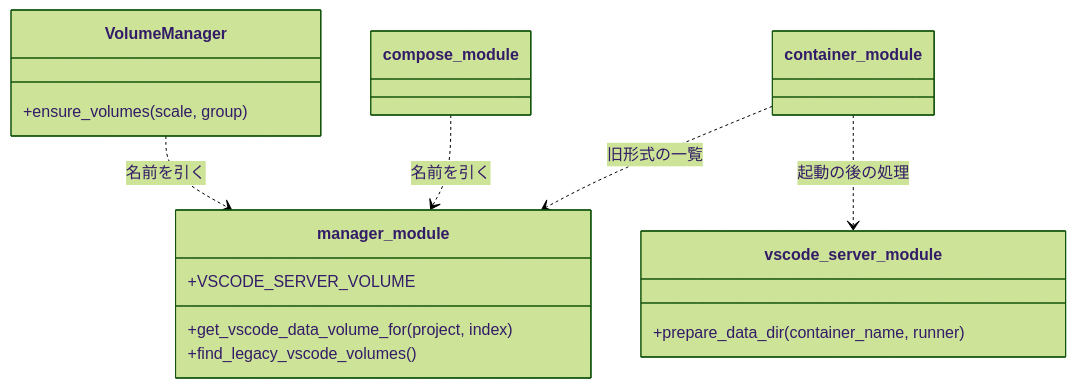
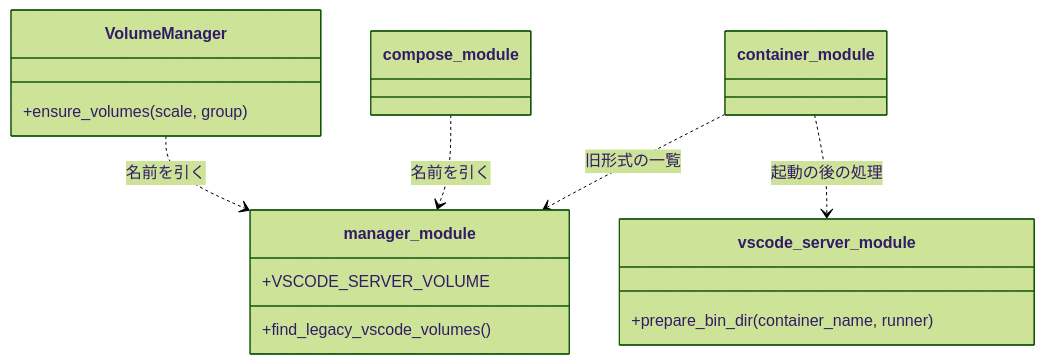
One commit to devbasex/devbase changed the third of 5 diagrams in issues/issue-463-design.md. Above: the diagram before and after it, drawn with Mermaid (forest theme). The commit also changed other lines of this file and 3 other files, not shown here.

````diff
--- a/issues/issue-463-design.md
+++ b/issues/issue-463-design.md
@@ -216,18 +219,17 @@
 ```mermaid
 classDiagram
     class VolumeManager {
         +ensure_volumes(scale, group)
     }
     class manager_module {
         +VSCODE_SERVER_VOLUME
-        +get_vscode_data_volume_for(project, index)
         +find_legacy_vscode_volumes()
     }
     class vscode_server_module {
-        +prepare_data_dir(container_name, runner)
+        +prepare_bin_dir(container_name, runner)
     }
     VolumeManager ..> manager_module : 名前を引く
     compose_module ..> manager_module : 名前を引く
     container_module ..> vscode_server_module : 起動の後の処理
     container_module ..> manager_module : 旧形式の一覧
 ```
````
